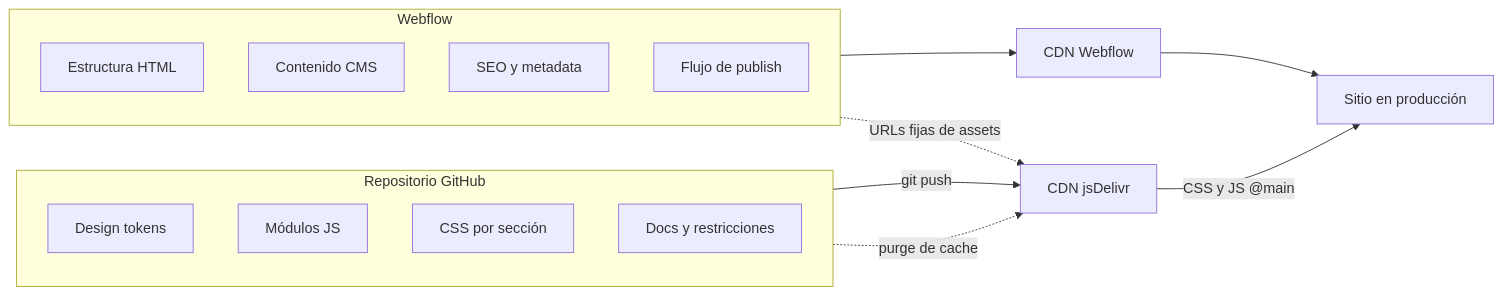
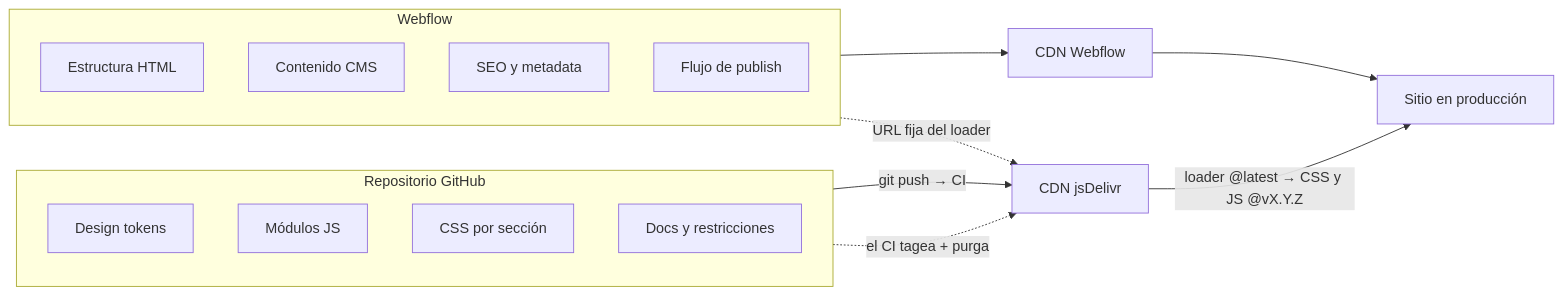
The first of 2 diagrams in apps/web/src/content/projects/atom-webflow-es.md (karenrebecag/Portfolio2026), drawn with Mermaid before and after one commit. The commit also changed other lines of this file and 2 other files, not shown here.

````diff
--- a/apps/web/src/content/projects/atom-webflow-es.md
+++ b/apps/web/src/content/projects/atom-webflow-es.md
@@ -35,28 +35,28 @@
 ```mermaid Arquitectura de control dual
 flowchart LR
   subgraph WF["Webflow"]
     direction TB
     WF1["Estructura HTML"]
     WF2["Contenido CMS"]
     WF3["SEO y metadata"]
     WF4["Flujo de publish"]
   end
 
   subgraph GIT["Repositorio GitHub"]
     direction TB
     G1["Design tokens"]
     G2["Módulos JS"]
     G3["CSS por sección"]
     G4["Docs y restricciones"]
   end
 
   JSD["CDN jsDelivr"]
   SITE["Sitio en producción"]
 
   WF --> WFC["CDN Webflow"]
   WFC --> SITE
-  GIT -->|"git push"| JSD
-  JSD -->|"CSS y JS @main"| SITE
-  WF -.->|"URLs fijas de assets"| JSD
-  GIT -.->|"purge de cache"| JSD
+  GIT -->|"git push → CI"| JSD
+  JSD -->|"loader @latest → CSS y JS @vX.Y.Z"| SITE
+  WF -.->|"URL fija del loader"| JSD
+  GIT -.->|"el CI tagea + purga"| JSD
 ```
````
